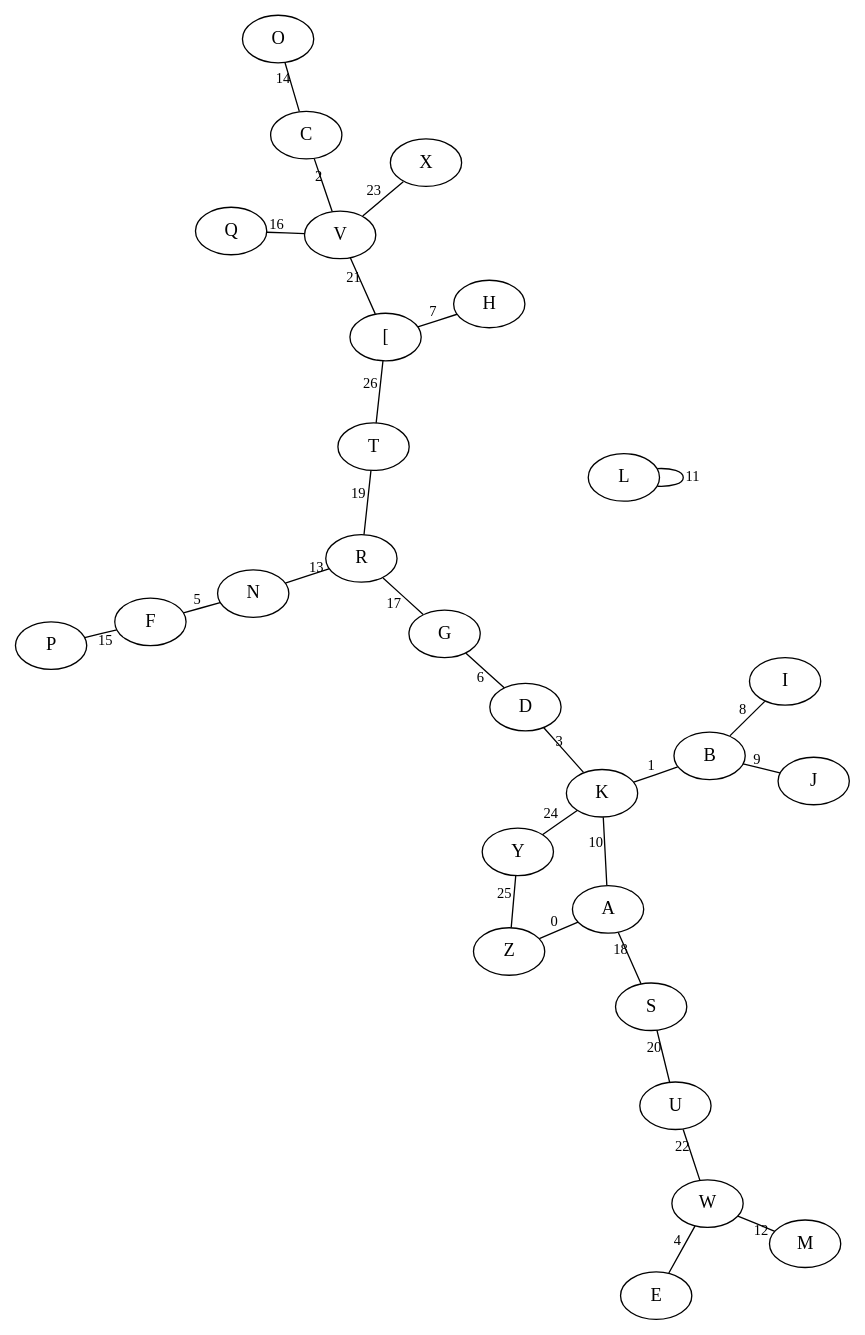
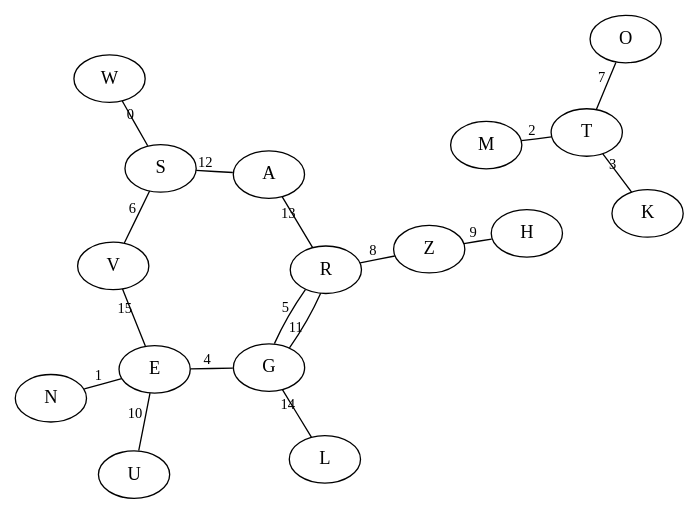
The diagram in enigma_c/src/data/crib_cipher_cycle.dot (UPEV1sion/Enigma), drawn with Graphviz before and after one commit. The commit also changed 16 other files, not shown here.

```diff
--- a/enigma_c/src/data/crib_cipher_cycle.dot
+++ b/enigma_c/src/data/crib_cipher_cycle.dot
@@ -1,31 +1,20 @@
 graph G {
 	layout=neato;
 	edge [fontsize=11];
-	"Z" -- "A" [label="0"];
-	"K" -- "B" [label="1"];
-	"V" -- "C" [label="2"];
-	"K" -- "D" [label="3"];
-	"W" -- "E" [label="4"];
-	"N" -- "F" [label="5"];
-	"D" -- "G" [label="6"];
-	"[" -- "H" [label="7"];
-	"B" -- "I" [label="8"];
-	"B" -- "J" [label="9"];
-	"A" -- "K" [label="10"];
-	"L" -- "L" [label="11"];
-	"W" -- "M" [label="12"];
-	"R" -- "N" [label="13"];
-	"C" -- "O" [label="14"];
-	"F" -- "P" [label="15"];
-	"V" -- "Q" [label="16"];
-	"G" -- "R" [label="17"];
-	"A" -- "S" [label="18"];
-	"R" -- "T" [label="19"];
-	"S" -- "U" [label="20"];
-	"[" -- "V" [label="21"];
-	"U" -- "W" [label="22"];
-	"V" -- "X" [label="23"];
-	"K" -- "Y" [label="24"];
-	"Y" -- "Z" [label="25"];
-	"T" -- "[" [label="26"];
+	"S" -- "W" [label="0"];
+	"N" -- "E" [label="1"];
+	"M" -- "T" [label="2"];
+	"K" -- "T" [label="3"];
+	"G" -- "E" [label="4"];
+	"G" -- "R" [label="5"];
+	"S" -- "V" [label="6"];
+	"T" -- "O" [label="7"];
+	"Z" -- "R" [label="8"];
+	"Z" -- "H" [label="9"];
+	"U" -- "E" [label="10"];
+	"G" -- "R" [label="11"];
+	"A" -- "S" [label="12"];
+	"R" -- "A" [label="13"];
+	"L" -- "G" [label="14"];
+	"V" -- "E" [label="15"];
 }
```
